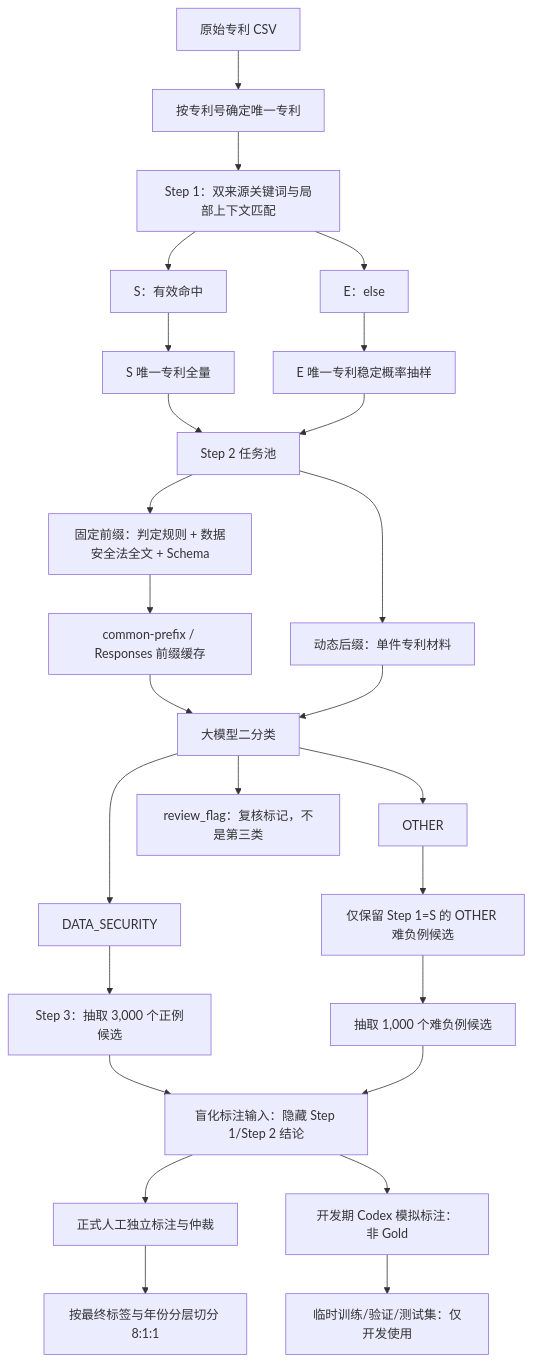
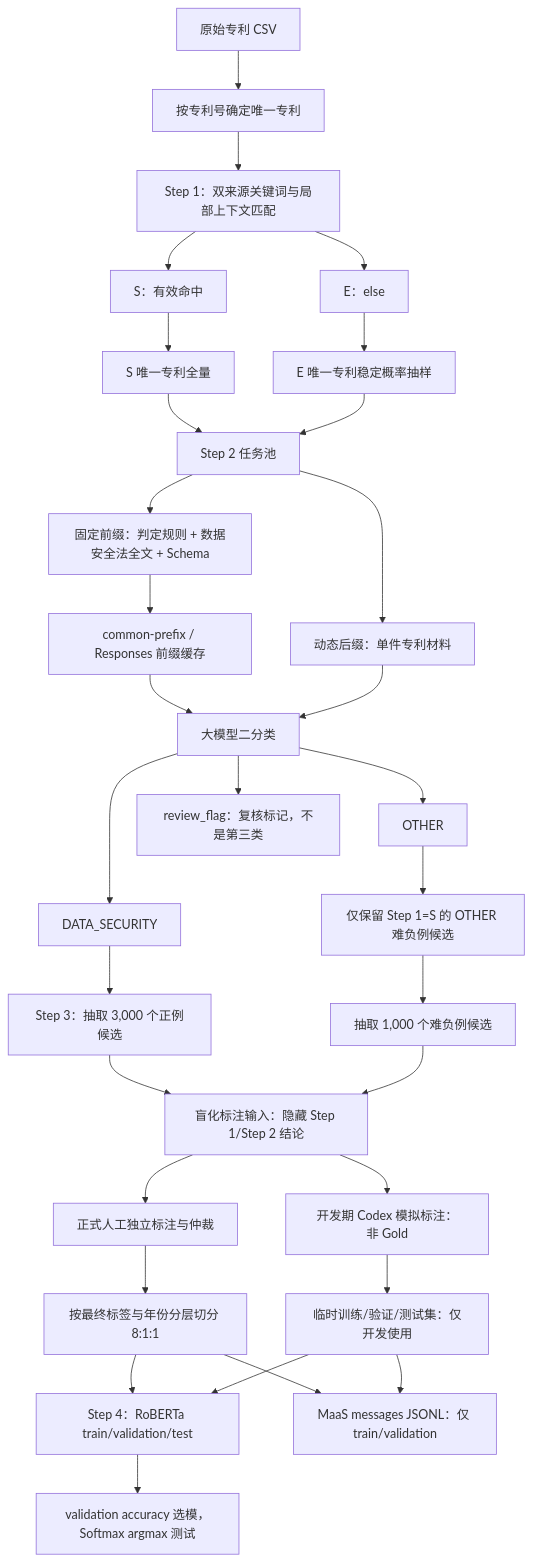
Before and after one commit to icy-swan/patent-data-security: the diagram in docs/patent_identification_methodology.md, drawn with Mermaid. The commit also changed other lines of this file and 21 other files, not shown here.

````diff
--- a/docs/patent_identification_methodology.md
+++ b/docs/patent_identification_methodology.md
@@ -74,28 +74,33 @@
 ```mermaid
 flowchart TB
     A["原始专利 CSV"] --> DEDUP["按专利号确定唯一专利"]
     DEDUP --> K["Step 1：双来源关键词与局部上下文匹配"]
     K --> S["S：有效命中"]
     K --> E["E：else"]
     S --> SA["S 唯一专利全量"]
     E --> ES["E 唯一专利稳定概率抽样"]
     SA --> Q["Step 2 任务池"]
     ES --> Q
     Q --> P["固定前缀：判定规则 + 数据安全法全文 + Schema"]
     Q --> X["动态后缀：单件专利材料"]
     P --> CACHE["common-prefix / Responses 前缀缓存"]
     CACHE --> LLM["大模型二分类"]
     X --> LLM
     LLM --> DS["DATA_SECURITY"]
     LLM --> O["OTHER"]
     LLM --> REVIEW["review_flag：复核标记，不是第三类"]
     DS --> POS["Step 3：抽取 3,000 个正例候选"]
     O --> HARD["仅保留 Step 1=S 的 OTHER 难负例候选"]
     HARD --> NEG["抽取 1,000 个难负例候选"]
     POS --> BLIND["盲化标注输入：隐藏 Step 1/Step 2 结论"]
     NEG --> BLIND
     BLIND --> HUMAN["正式人工独立标注与仲裁"]
     BLIND --> CODEX["开发期 Codex 模拟标注：非 Gold"]
     HUMAN --> SPLIT["按最终标签与年份分层切分 8:1:1"]
     CODEX --> PSPLIT["临时训练/验证/测试集：仅开发使用"]
+    SPLIT --> RDATA["Step 4：RoBERTa train/validation/test"]
+    PSPLIT --> RDATA
+    RDATA --> ROBERTA["validation accuracy 选模，Softmax argmax 测试"]
+    SPLIT --> SFT["MaaS messages JSONL：仅 train/validation"]
+    PSPLIT --> SFT
 ```
````
